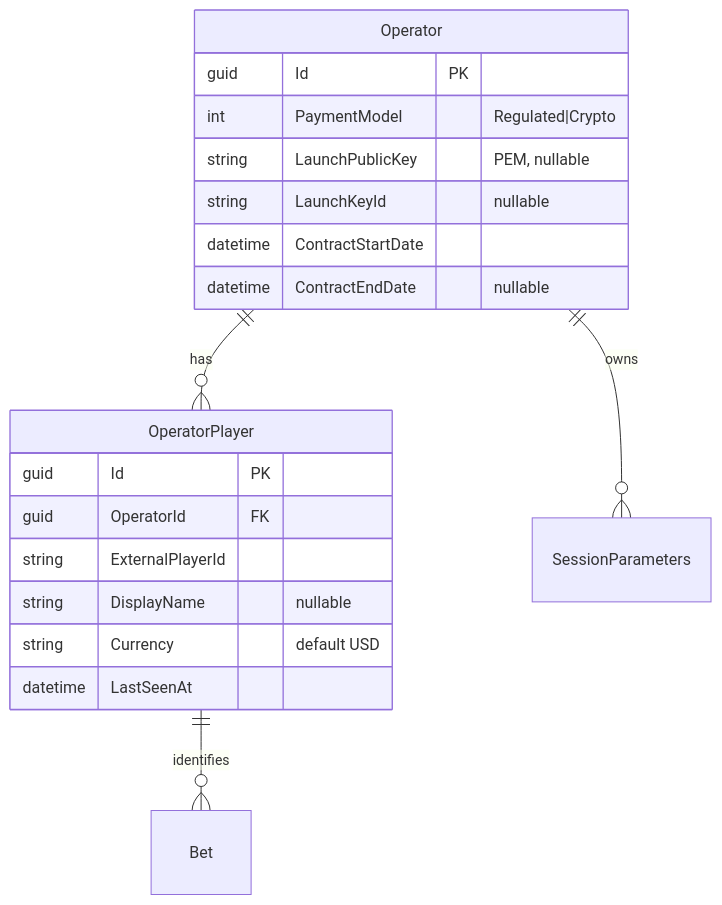
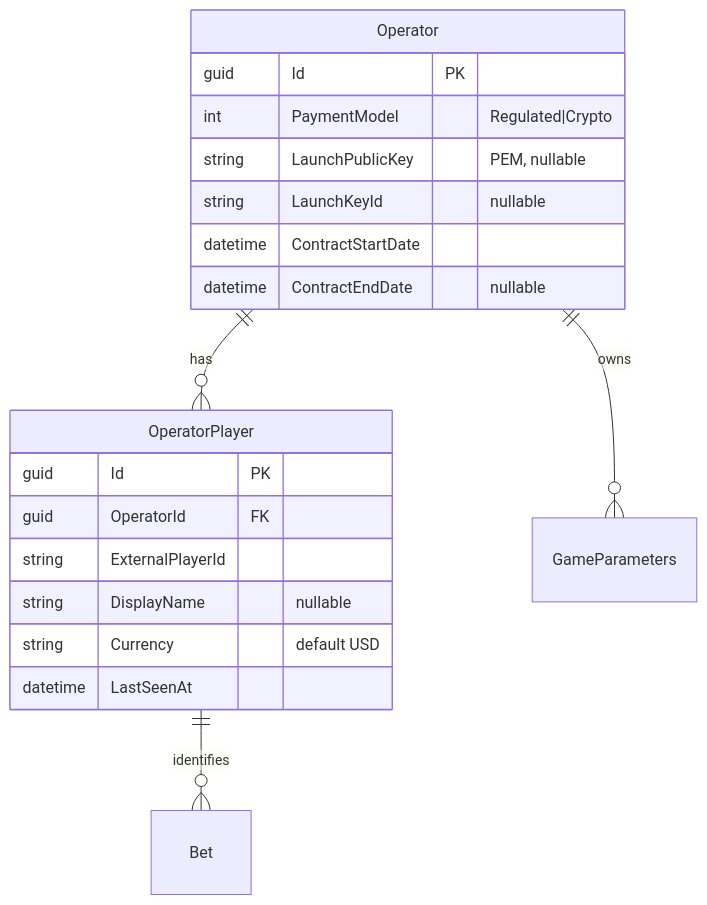
The first of 3 diagrams in specs/launch-token-validation.md (marcusruas/monkify-meta), drawn with Mermaid before and after one commit. The commit also changed other lines of this file and 57 other files, not shown here.

First line of the commit message:
Rebrand: Monkify->ChimpOut, Session->Game in KB prose (monkify-meta)

````diff
--- a/specs/launch-token-validation.md
+++ b/specs/launch-token-validation.md
@@ -170,23 +170,23 @@
 ```mermaid
 erDiagram
     Operator ||--o{ OperatorPlayer : has
-    Operator ||--o{ SessionParameters : owns
+    Operator ||--o{ GameParameters : owns
     OperatorPlayer ||--o{ Bet : identifies
 
     Operator {
         guid Id PK
         int PaymentModel "Regulated|Crypto"
         string LaunchPublicKey "PEM, nullable"
         string LaunchKeyId "nullable"
         datetime ContractStartDate
         datetime ContractEndDate "nullable"
     }
     OperatorPlayer {
         guid Id PK
         guid OperatorId FK
         string ExternalPlayerId
         string DisplayName "nullable"
         string Currency "default USD"
         datetime LastSeenAt
     }
 ```
````
